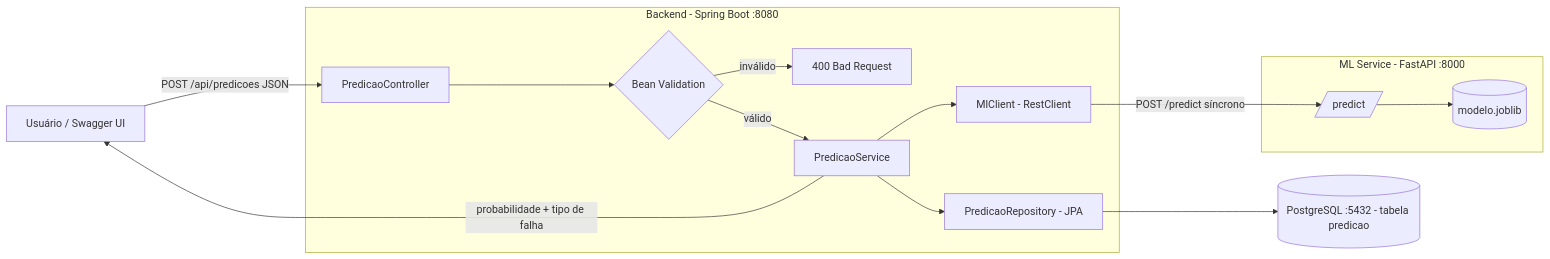
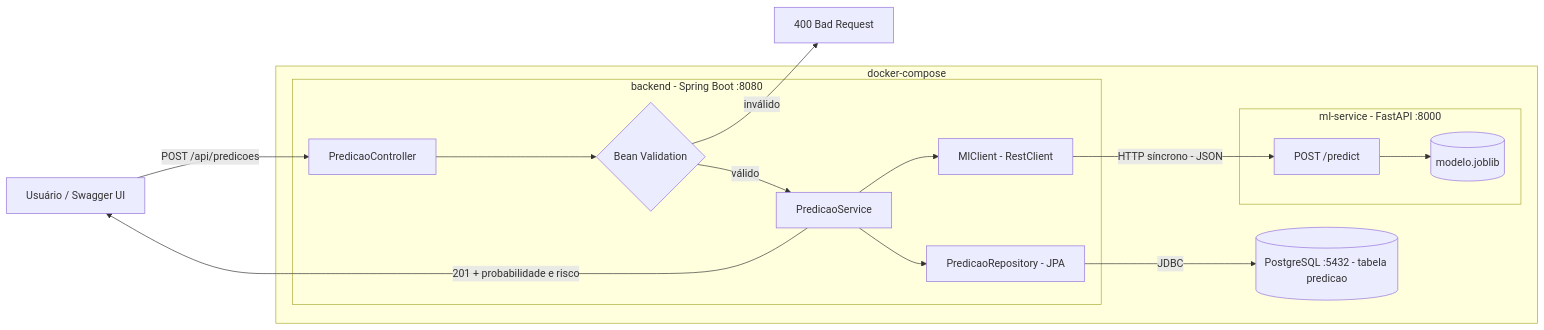
The diagram in docs/arquitetura.mmd (LSenzaki/manutencao-preditiva-grupo-1), drawn with Mermaid before and after one commit. The commit also changed 3 other files, not shown here.

Commit message:
Ajustes no docker compose

```diff
--- a/docs/arquitetura.mmd
+++ b/docs/arquitetura.mmd
@@ -1,15 +1,32 @@
 flowchart LR
-    U[Usuário / Swagger UI] -->|POST /api/predicoes JSON| C
-    subgraph backend [Backend - Spring Boot :8080]
-        C[PredicaoController] --> V{Bean Validation}
-        V -->|inválido| E[400 Bad Request]
-        V -->|válido| S[PredicaoService]
-        S --> R[PredicaoRepository - JPA]
-        S --> MC[MlClient - RestClient]
+    user["Usuário / Swagger UI"]
+
+    subgraph compose["docker-compose"]
+        subgraph backend["backend - Spring Boot :8080"]
+            ctrl["PredicaoController"]
+            val{"Bean Validation"}
+            svc["PredicaoService"]
+            repo["PredicaoRepository - JPA"]
+            cli["MlClient - RestClient"]
+        end
+
+        subgraph ml["ml-service - FastAPI :8000"]
+            api["POST /predict"]
+            model[("modelo.joblib")]
+        end
+
+        db[("PostgreSQL :5432 - tabela predicao")]
     end
-    MC -->|POST /predict síncrono| ML
-    subgraph ml [ML Service - FastAPI :8000]
-        ML[/predict/] --> M[(modelo.joblib)]
-    end
-    R --> DB[(PostgreSQL :5432 - tabela predicao)]
-    S -->|probabilidade + tipo de falha| U
+
+    err["400 Bad Request"]
+
+    user -->|"POST /api/predicoes"| ctrl
+    ctrl --> val
+    val -->|"inválido"| err
+    val -->|"válido"| svc
+    svc --> cli
+    cli -->|"HTTP síncrono - JSON"| api
+    api --> model
+    svc --> repo
+    repo -->|"JDBC"| db
+    svc -->|"201 + probabilidade e risco"| user
```
